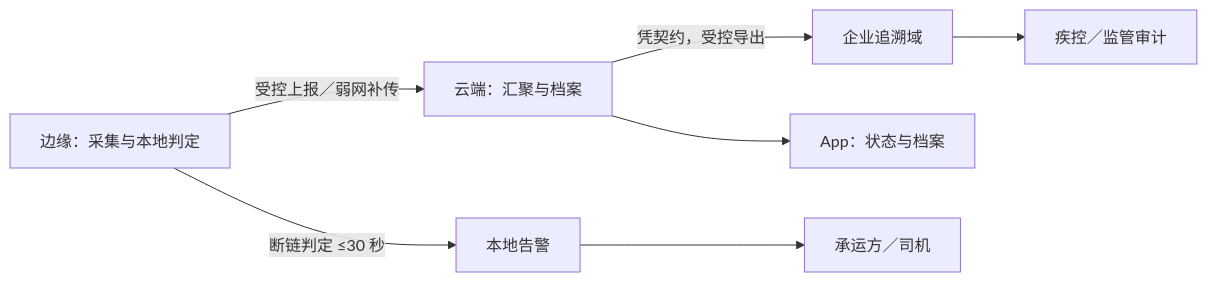
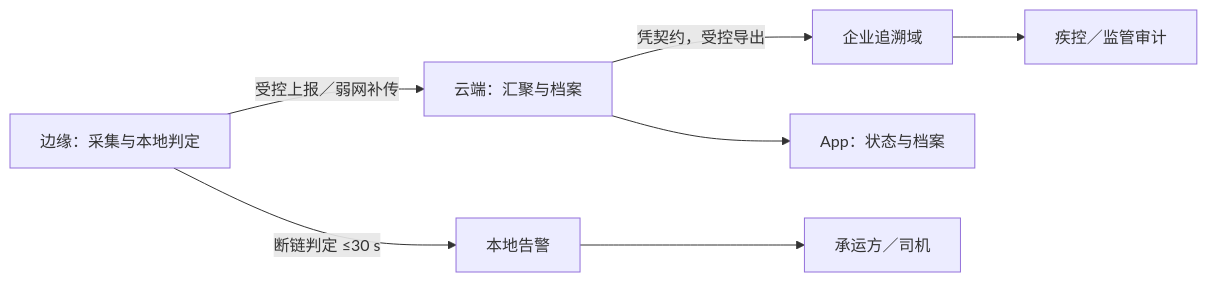
One commit to Yongjunzhou/business-Engineering changed the ninth of 10 diagrams in 10-系统工程研究/00-系统工程相关研究报告/37-架构视图口径研究报告-从三词定位到七类视图与三张清单并附HUD·EOS·冷链·合同审批四套示例.md. Above: the diagram before and after it, drawn with Mermaid. The commit also changed other lines of this file and 2 other files, not shown here.

Commit message:
[AI] 10-系统工程研究：48号对齐·批七（C30/C10 续检）——37/40 冷链字面归一为 30 s／≥72 h（37 5处、40 4处）；37 §4.5 题注补「元素示例，不是模型种类」；判不改三处（10号QAS非冷链、架构元素25处合48§9.29用法、七类视图为37自立口径）；14号台账回填批七并新增两项待裁（architecting译文、正式化是否进附录C）；两脚本全过

````diff
--- a/10-系统工程研究/00-系统工程相关研究报告/37-架构视图口径研究报告-从三词定位到七类视图与三张清单并附HUD·EOS·冷链·合同审批四套示例.md
+++ b/10-系统工程研究/00-系统工程相关研究报告/37-架构视图口径研究报告-从三词定位到七类视图与三张清单并附HUD·EOS·冷链·合同审批四套示例.md
@@ -1839,9 +1839,9 @@
 ```mermaid
 flowchart LR
-  EDGE["边缘：采集与本地判定"] -->|断链判定 ≤30 秒| ALARM["本地告警"]
+  EDGE["边缘：采集与本地判定"] -->|断链判定 ≤30 s| ALARM["本地告警"]
   EDGE -->|受控上报／弱网补传| CLOUD["云端：汇聚与档案"]
   CLOUD -->|凭契约，受控导出| TRACE["企业追溯域"]
   CLOUD --> APP["App：状态与档案"]
   ALARM --> CREW["承运方／司机"]
   TRACE --> AUDIT["疾控／监管审计"]
 ```
````
